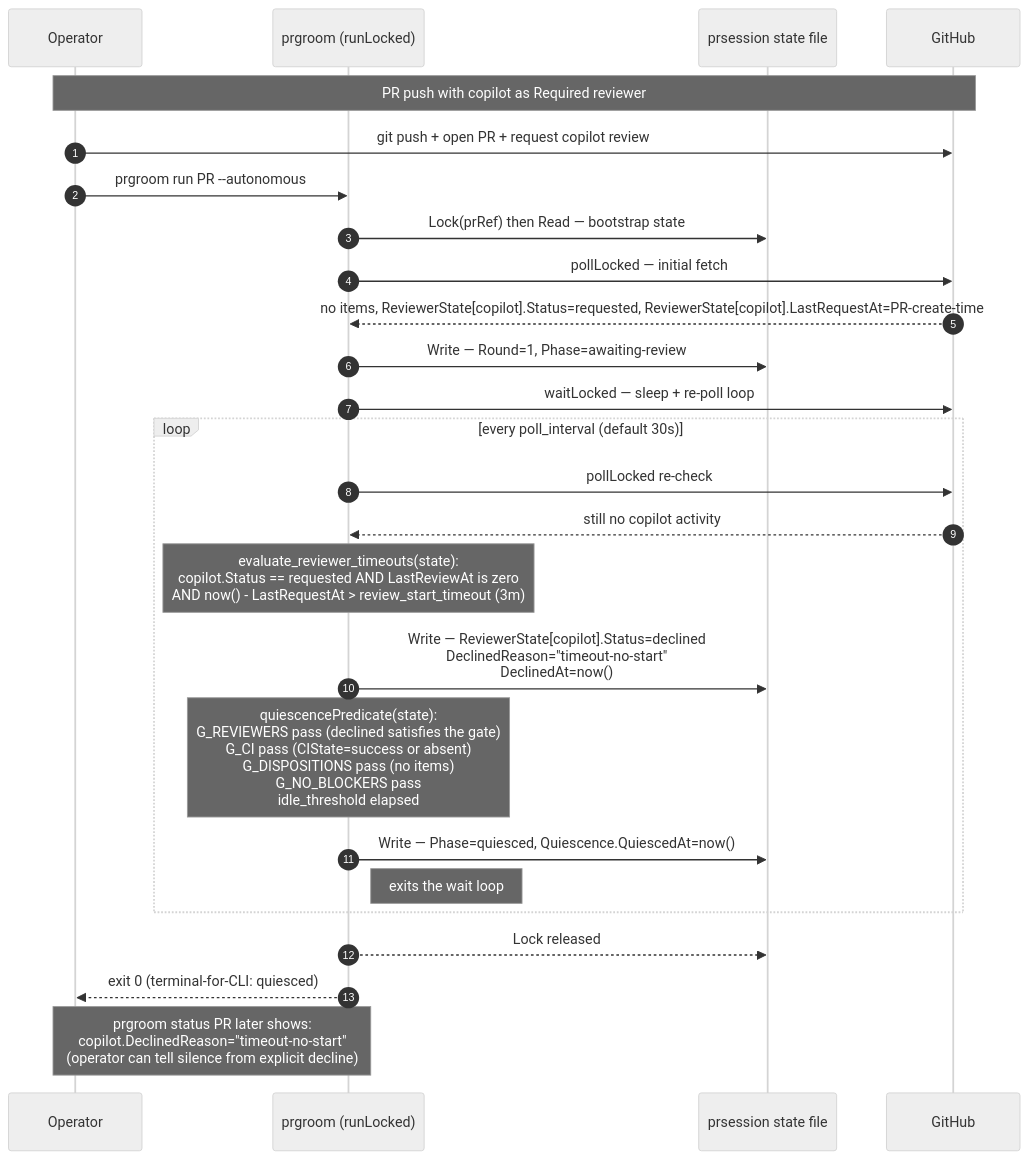
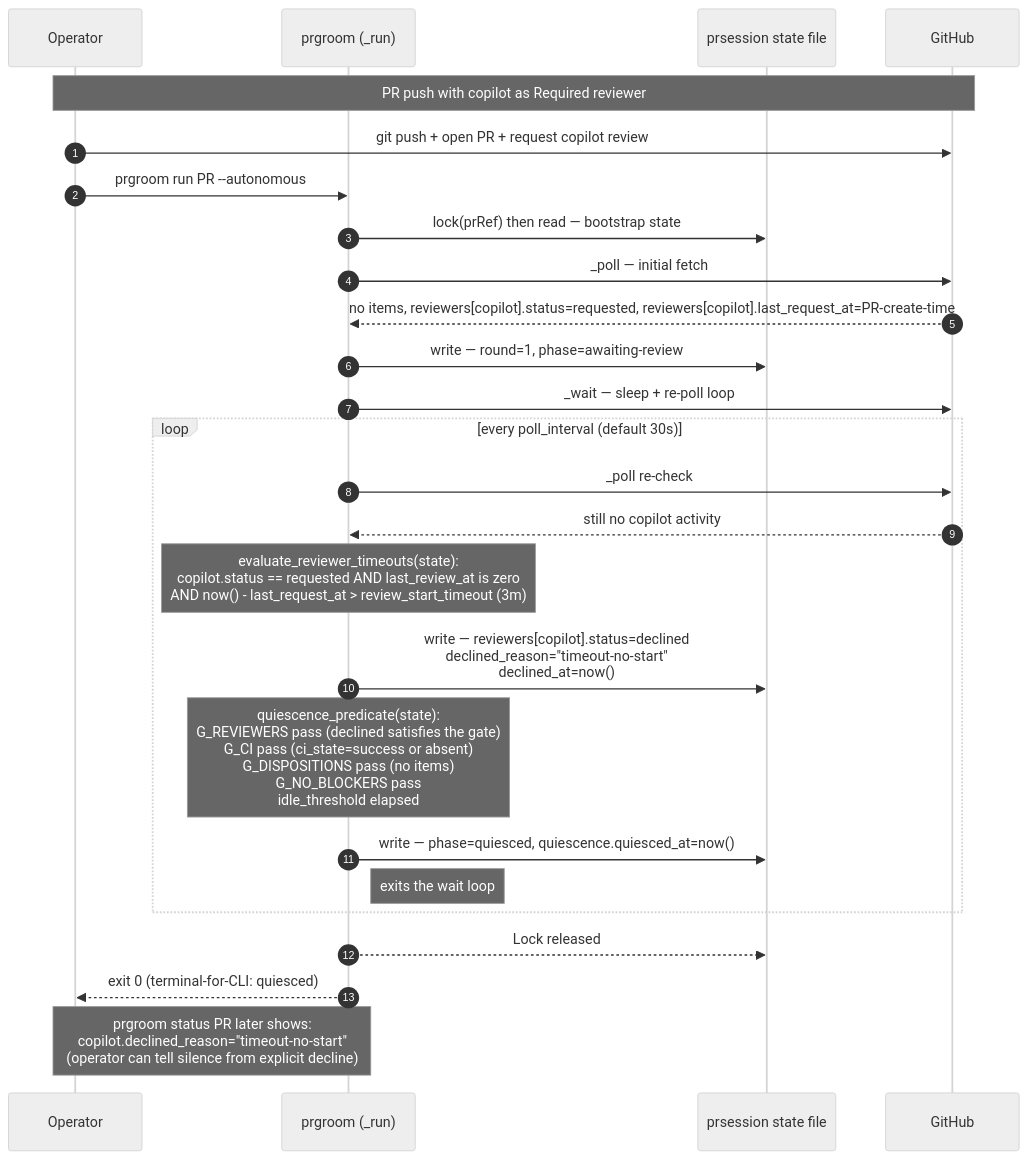
One commit to scotthamilton77/agents-config changed the second of 4 diagrams in docs/architecture/prgroom/sequences.md. Above: the diagram before and after it, drawn with Mermaid (neutral theme). The commit also changed other lines of this file and 9 other files, not shown here.

First line of the commit message:
docs(prgroom): convert architecture HLDs from Go to Python (fca6.14) (#132)

````diff
--- a/docs/architecture/prgroom/sequences.md
+++ b/docs/architecture/prgroom/sequences.md
@@ -117,33 +117,33 @@
 ```mermaid
 sequenceDiagram
     autonumber
     participant Op as Operator
-    participant PG as prgroom (runLocked)
+    participant PG as prgroom (_run)
     participant State as prsession state file
     participant GH as GitHub
 
     Note over Op,GH: PR push with copilot as Required reviewer
     Op->>GH: git push + open PR + request copilot review
     Op->>PG: prgroom run PR --autonomous
 
-    PG->>State: Lock(prRef) then Read — bootstrap state
-    PG->>GH: pollLocked — initial fetch
-    GH-->>PG: no items, ReviewerState[copilot].Status=requested, ReviewerState[copilot].LastRequestAt=PR-create-time
-    PG->>State: Write — Round=1, Phase=awaiting-review
+    PG->>State: lock(prRef) then read — bootstrap state
+    PG->>GH: _poll — initial fetch
+    GH-->>PG: no items, reviewers[copilot].status=requested, reviewers[copilot].last_request_at=PR-create-time
+    PG->>State: write — round=1, phase=awaiting-review
 
-    PG->>GH: waitLocked — sleep + re-poll loop
+    PG->>GH: _wait — sleep + re-poll loop
     loop every poll_interval (default 30s)
-        PG->>GH: pollLocked re-check
+        PG->>GH: _poll re-check
         GH-->>PG: still no copilot activity
-        Note over PG: evaluate_reviewer_timeouts(state):<br/>copilot.Status == requested AND LastReviewAt is zero<br/>AND now() - LastRequestAt > review_start_timeout (3m)
-        PG->>State: Write — ReviewerState[copilot].Status=declined<br/>DeclinedReason="timeout-no-start"<br/>DeclinedAt=now()
-        Note over PG: quiescencePredicate(state):<br/>G_REVIEWERS pass (declined satisfies the gate)<br/>G_CI pass (CIState=success or absent)<br/>G_DISPOSITIONS pass (no items)<br/>G_NO_BLOCKERS pass<br/>idle_threshold elapsed
-        PG->>State: Write — Phase=quiesced, Quiescence.QuiescedAt=now()
+        Note over PG: evaluate_reviewer_timeouts(state):<br/>copilot.status == requested AND last_review_at is zero<br/>AND now() - last_request_at > review_start_timeout (3m)
+        PG->>State: write — reviewers[copilot].status=declined<br/>declined_reason="timeout-no-start"<br/>declined_at=now()
+        Note over PG: quiescence_predicate(state):<br/>G_REVIEWERS pass (declined satisfies the gate)<br/>G_CI pass (ci_state=success or absent)<br/>G_DISPOSITIONS pass (no items)<br/>G_NO_BLOCKERS pass<br/>idle_threshold elapsed
+        PG->>State: write — phase=quiesced, quiescence.quiesced_at=now()
         Note right of PG: exits the wait loop
     end
 
     PG-->>State: Lock released
     PG-->>Op: exit 0 (terminal-for-CLI: quiesced)
 
-    Note over Op,PG: prgroom status PR later shows:<br/>copilot.DeclinedReason="timeout-no-start"<br/>(operator can tell silence from explicit decline)
+    Note over Op,PG: prgroom status PR later shows:<br/>copilot.declined_reason="timeout-no-start"<br/>(operator can tell silence from explicit decline)
 ```
````
